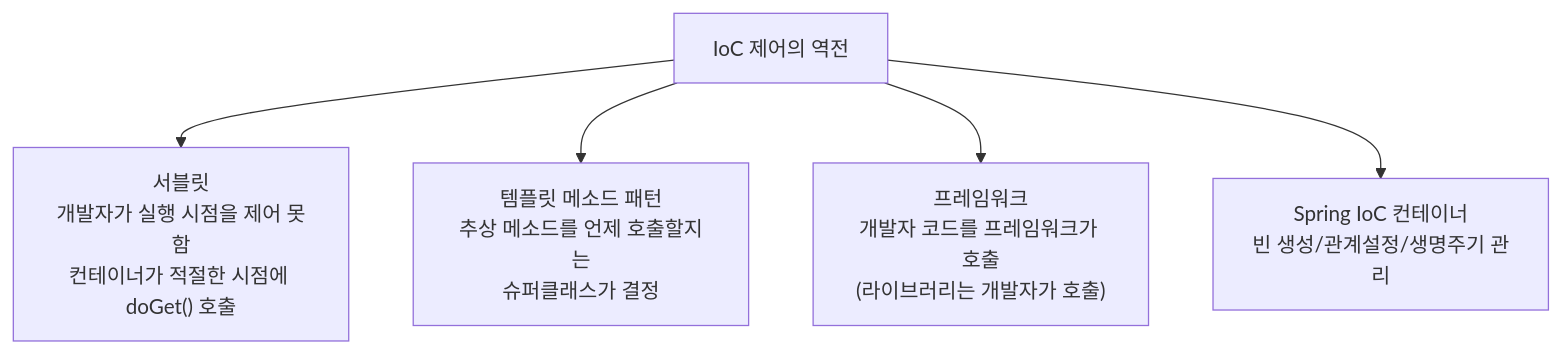
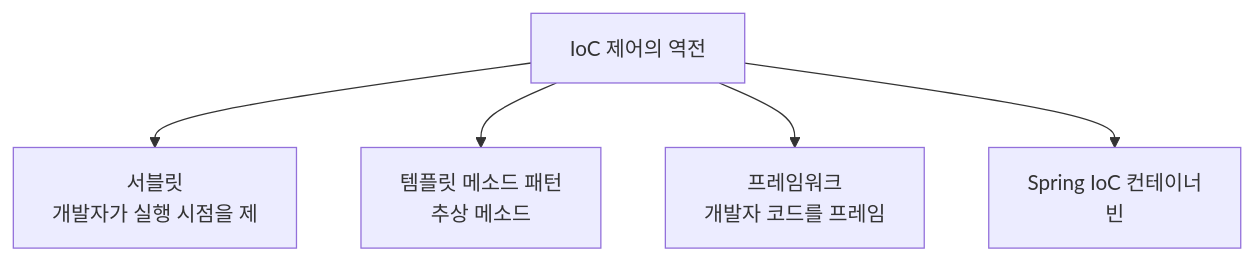
Before and after one commit to yjkim2015/yjkim2015.github.io: the second of 4 diagrams in _posts/spring/2022-06-16-제어의역전.md, drawn with Mermaid. The commit also changed other lines of this file and 271 other files, not shown here.

First line of the commit message:
Mermaid 라벨 축소: 긴 노드 텍스트 18자 이하로 트림 + \n 제거

````diff
--- a/_posts/spring/2022-06-16-제어의역전.md
+++ b/_posts/spring/2022-06-16-제어의역전.md
@@ -73,8 +73,8 @@
 ```mermaid
 graph TD
     IOC["IoC 제어의 역전"]
-    IOC --> SERVLET["서블릿\n개발자가 실행 시점을 제어 못함\n컨테이너가 적절한 시점에 doGet() 호출"]
-    IOC --> TEMPLATE["템플릿 메소드 패턴\n추상 메소드를 언제 호출할지는\n슈퍼클래스가 결정"]
-    IOC --> FRAMEWORK["프레임워크\n개발자 코드를 프레임워크가 호출\n(라이브러리는 개발자가 호출)"]
-    IOC --> SPRING["Spring IoC 컨테이너\n빈 생성/관계설정/생명주기 관리"]
+    IOC --> SERVLET["서블릿\n개발자가 실행 시점을 제"]
+    IOC --> TEMPLATE["템플릿 메소드 패턴\n추상 메소드"]
+    IOC --> FRAMEWORK["프레임워크\n개발자 코드를 프레임"]
+    IOC --> SPRING["Spring IoC 컨테이너\n빈"]
 ```
````
